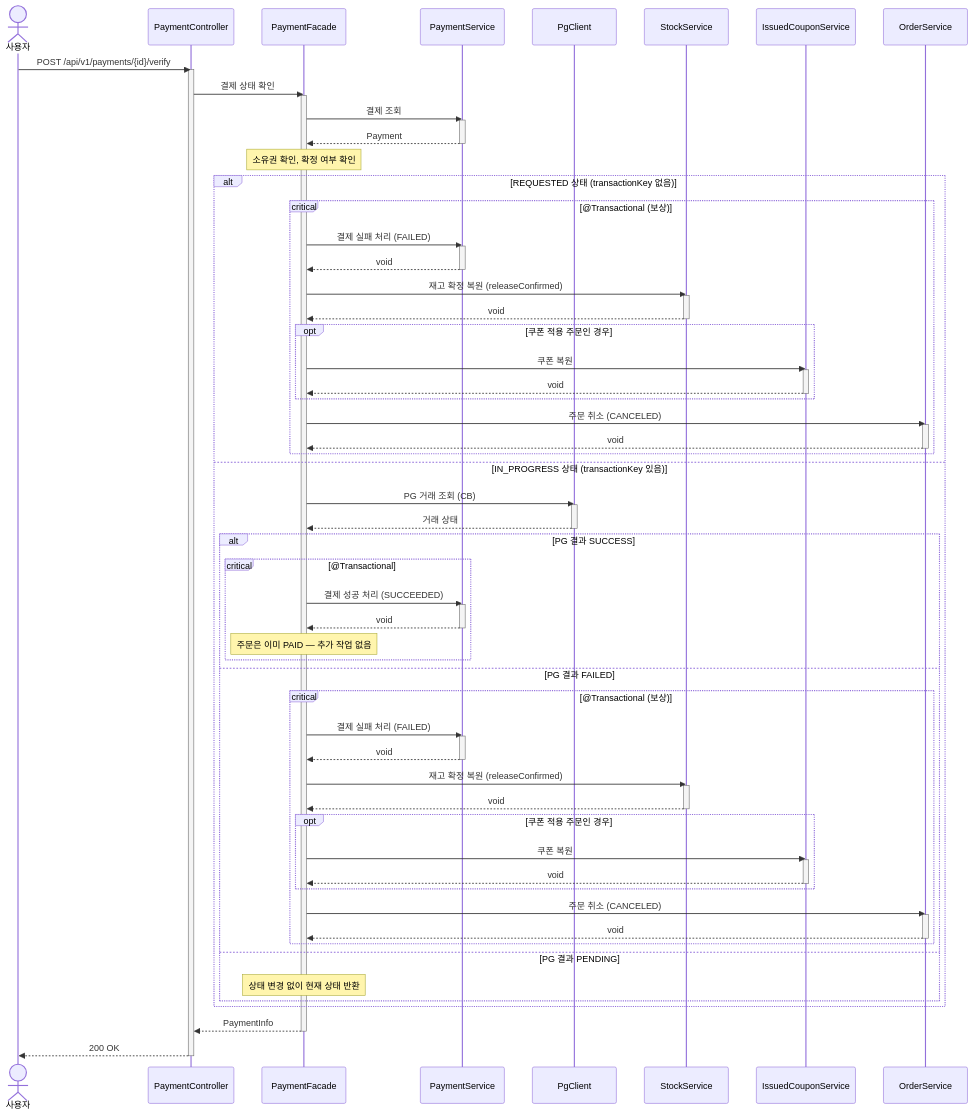
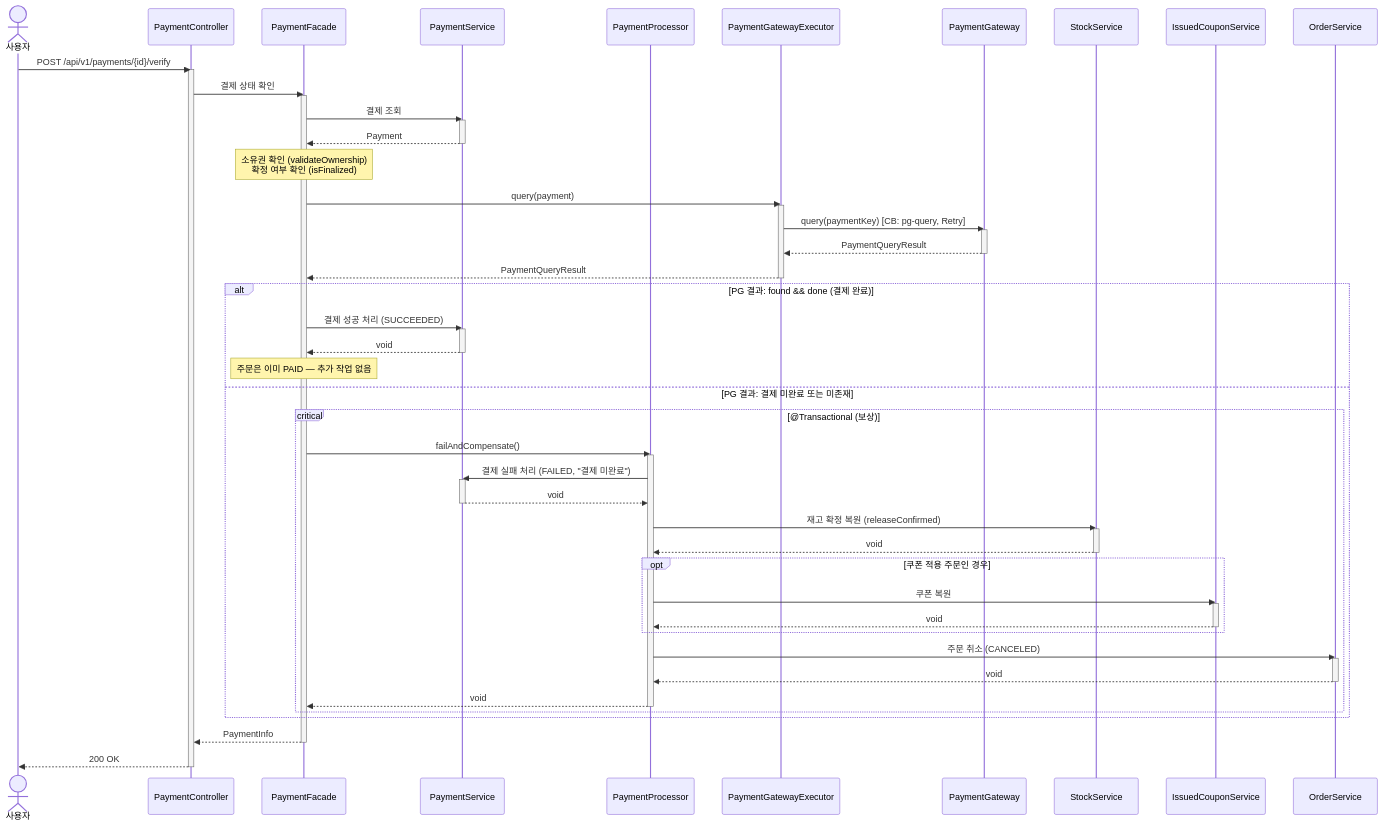
Before and after one commit to Loopers-dev-lab/loop-pack-be-l2-vol3-java: the diagram in docs/design/payment/sequences/005-payment-verify.md, drawn with Mermaid. The commit also changed other lines of this file and 15 other files, not shown here.

```diff
--- a/docs/design/payment/sequences/005-payment-verify.md
+++ b/docs/design/payment/sequences/005-payment-verify.md
@@ -11,7 +11,9 @@
     participant PC as PaymentController
     participant PF as PaymentFacade
     participant PS as PaymentService
-    participant PG as PgClient
+    participant PP as PaymentProcessor
+    participant GE as PaymentGatewayExecutor
+    participant GW as PaymentGateway
     participant SS as StockService
     participant ICS as IssuedCouponService
     participant OS as OrderService
@@ -26,73 +28,52 @@
     PS-->>PF: Payment
     deactivate PS
 
-    Note over PF: 소유권 확인, 확정 여부 확인
+    Note over PF: 소유권 확인 (validateOwnership)<br/>확정 여부 확인 (isFinalized)
 
-    alt REQUESTED 상태 (transactionKey 없음)
+    PF->>GE: query(payment)
+    activate GE
+    GE->>GW: query(paymentKey) [CB: pg-query, Retry]
+    activate GW
+    GW-->>GE: PaymentQueryResult
+    deactivate GW
+    GE-->>PF: PaymentQueryResult
+    deactivate GE
+
+    alt PG 결과: found && done (결제 완료)
+        PF->>PS: 결제 성공 처리 (SUCCEEDED)
+        activate PS
+        PS-->>PF: void
+        deactivate PS
+
+        Note over PF: 주문은 이미 PAID — 추가 작업 없음
+
+    else PG 결과: 결제 미완료 또는 미존재
         critical @Transactional (보상)
-            PF->>PS: 결제 실패 처리 (FAILED)
+            PF->>PP: failAndCompensate()
+            activate PP
+            PP->>PS: 결제 실패 처리 (FAILED, "결제 미완료")
             activate PS
-            PS-->>PF: void
+            PS-->>PP: void
             deactivate PS
 
-            PF->>SS: 재고 확정 복원 (releaseConfirmed)
+            PP->>SS: 재고 확정 복원 (releaseConfirmed)
             activate SS
-            SS-->>PF: void
+            SS-->>PP: void
             deactivate SS
 
             opt 쿠폰 적용 주문인 경우
-                PF->>ICS: 쿠폰 복원
+                PP->>ICS: 쿠폰 복원
                 activate ICS
-                ICS-->>PF: void
+                ICS-->>PP: void
                 deactivate ICS
             end
 
-            PF->>OS: 주문 취소 (CANCELED)
+            PP->>OS: 주문 취소 (CANCELED)
             activate OS
-            OS-->>PF: void
+            OS-->>PP: void
             deactivate OS
-        end
-    else IN_PROGRESS 상태 (transactionKey 있음)
-        PF->>PG: PG 거래 조회 (CB)
-        activate PG
-        PG-->>PF: 거래 상태
-        deactivate PG
-
-        alt PG 결과 SUCCESS
-            critical @Transactional
-                PF->>PS: 결제 성공 처리 (SUCCEEDED)
-                activate PS
-                PS-->>PF: void
-                deactivate PS
-
-                Note over PF: 주문은 이미 PAID — 추가 작업 없음
-            end
-        else PG 결과 FAILED
-            critical @Transactional (보상)
-                PF->>PS: 결제 실패 처리 (FAILED)
-                activate PS
-                PS-->>PF: void
-                deactivate PS
-
-                PF->>SS: 재고 확정 복원 (releaseConfirmed)
-                activate SS
-                SS-->>PF: void
-                deactivate SS
-
-                opt 쿠폰 적용 주문인 경우
-                    PF->>ICS: 쿠폰 복원
-                    activate ICS
-                    ICS-->>PF: void
-                    deactivate ICS
-                end
-
-                PF->>OS: 주문 취소 (CANCELED)
-                activate OS
-                OS-->>PF: void
-                deactivate OS
-            end
-        else PG 결과 PENDING
-            Note over PF: 상태 변경 없이 현재 상태 반환
+            PP-->>PF: void
+            deactivate PP
         end
     end
 
```
